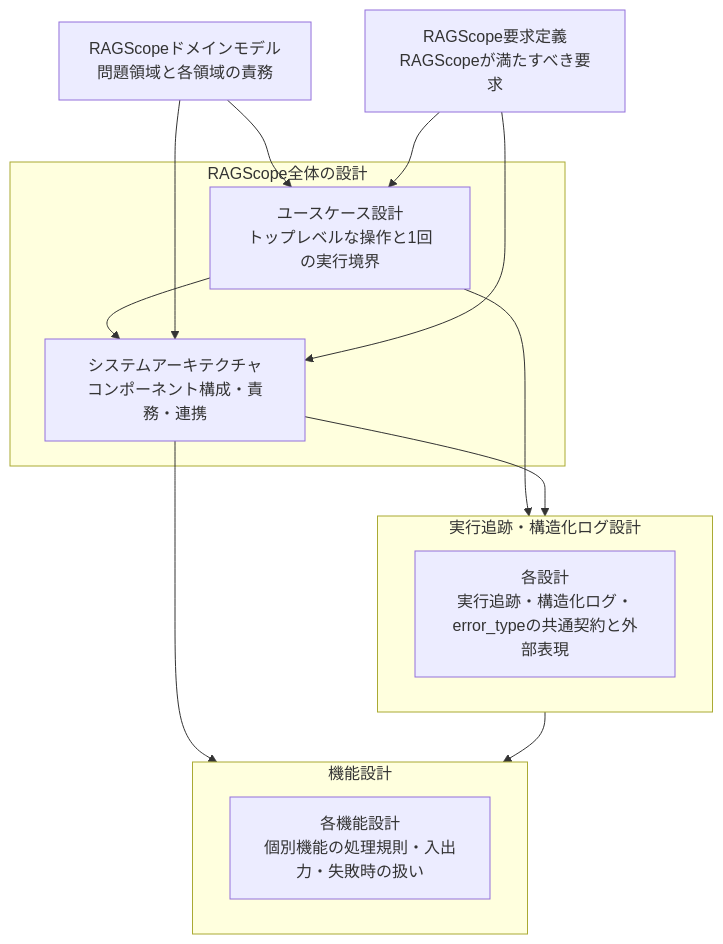
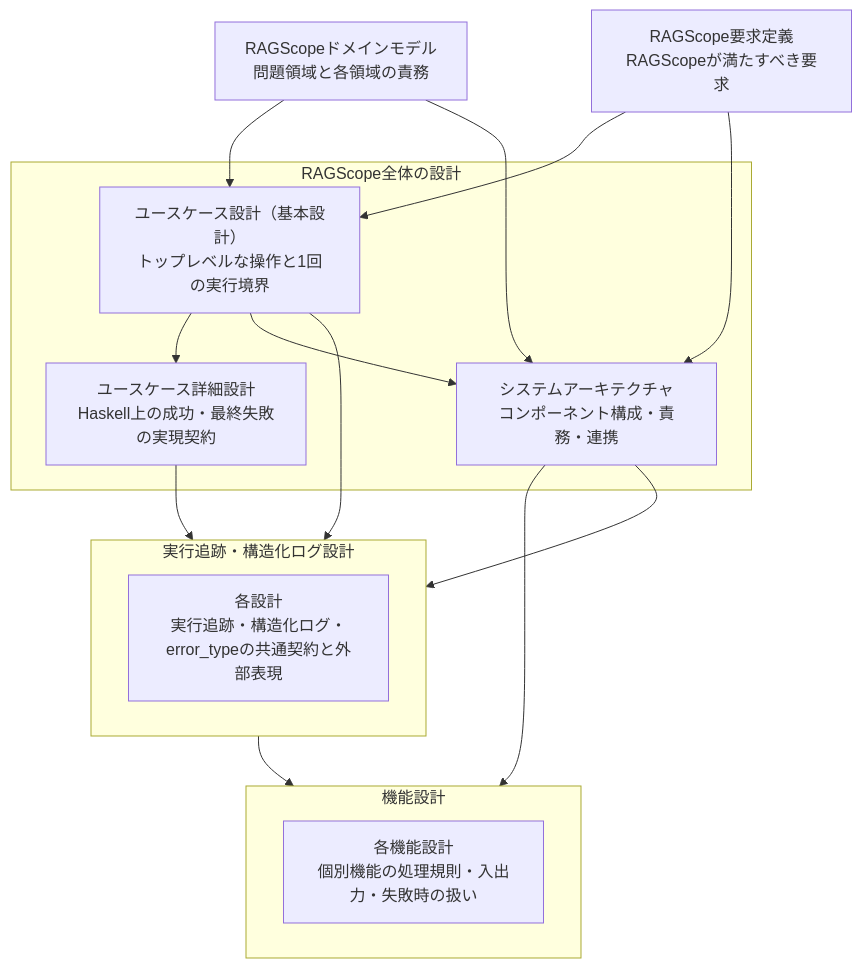
Before and after one commit to takashit16833/RAGScope: the diagram in project-docs/design/README.md, drawn with Mermaid. The commit also changed other lines of this file, not shown here.

Commit message:
ユースケース基本・詳細設計を索引へ反映する

````diff
--- a/project-docs/design/README.md
+++ b/project-docs/design/README.md
@@ -20,30 +21,33 @@
 ```mermaid
 flowchart TD
     Domain["RAGScopeドメインモデル<br>問題領域と各領域の責務"]
     Requirements["RAGScope要求定義<br>RAGScopeが満たすべき要求"]
 
     subgraph Core["RAGScope全体の設計"]
-        UseCase["ユースケース設計<br>トップレベルな操作と1回の実行境界"]
+        UseCase["ユースケース設計（基本設計）<br>トップレベルな操作と1回の実行境界"]
+        UseCaseDetail["ユースケース詳細設計<br>Haskell上の成功・最終失敗の実現契約"]
         Architecture["システムアーキテクチャ<br>コンポーネント構成・責務・連携"]
+        UseCase --> UseCaseDetail
         UseCase --> Architecture
     end
 
     subgraph Features["機能設計"]
         FeatureDesigns["各機能設計<br>個別機能の処理規則・入出力・失敗時の扱い"]
     end
 
     subgraph Logging["実行追跡・構造化ログ設計"]
         LoggingDesigns["各設計<br>実行追跡・構造化ログ・error_typeの共通契約と外部表現"]
     end
 
     Domain --> UseCase
     Requirements --> UseCase
     Domain --> Architecture
     Requirements --> Architecture
 
     Architecture --> Features
 
     UseCase --> Logging
+    UseCaseDetail --> Logging
     Architecture --> Logging
     Logging --> Features
 ```
````
